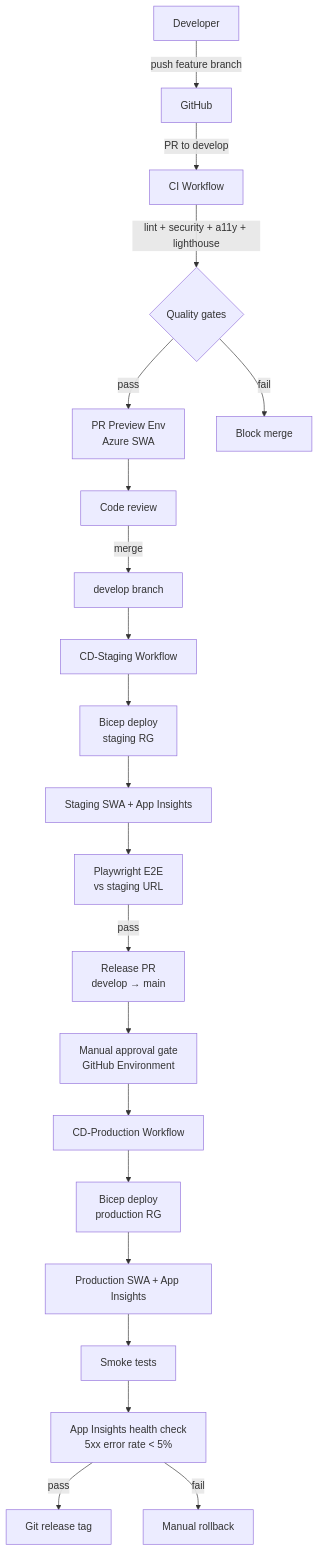
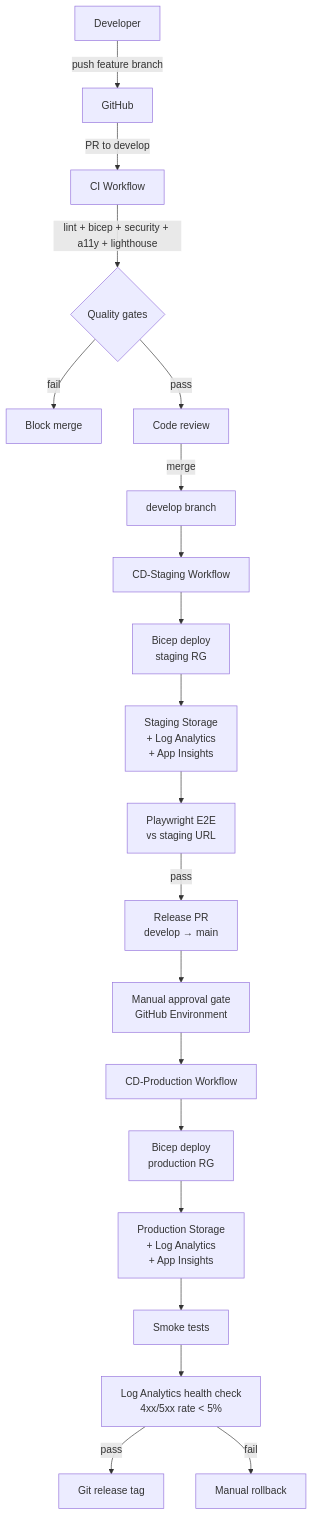
One commit to zrustamov/personal_webpage changed the diagram in README.md. Above: the diagram before and after it, drawn with Mermaid. The commit also changed other lines of this file and 11 other files, not shown here.

First line of the commit message:
feat: add CI/CD pipeline with Azure Storage static-website hosting

````diff
--- a/README.md
+++ b/README.md
@@ -24,23 +24,22 @@
 ```mermaid
 flowchart TB
     Dev[Developer] -->|push feature branch| GH[GitHub]
     GH -->|PR to develop| CI[CI Workflow]
-    CI -->|lint + security + a11y + lighthouse| Quality{Quality gates}
-    Quality -->|pass| Preview[PR Preview Env<br/>Azure SWA]
+    CI -->|lint + bicep + security + a11y + lighthouse| Quality{Quality gates}
     Quality -->|fail| Block[Block merge]
-    Preview --> Review[Code review]
+    Quality -->|pass| Review[Code review]
     Review -->|merge| Develop[develop branch]
     Develop --> CDStaging[CD-Staging Workflow]
     CDStaging --> Bicep1[Bicep deploy<br/>staging RG]
-    Bicep1 --> StagingSWA[Staging SWA + App Insights]
-    StagingSWA --> E2E[Playwright E2E<br/>vs staging URL]
+    Bicep1 --> StagingStorage[Staging Storage<br/>+ Log Analytics<br/>+ App Insights]
+    StagingStorage --> E2E[Playwright E2E<br/>vs staging URL]
     E2E -->|pass| ReleasePR[Release PR<br/>develop → main]
     ReleasePR --> Approval[Manual approval gate<br/>GitHub Environment]
     Approval --> CDProd[CD-Production Workflow]
     CDProd --> Bicep2[Bicep deploy<br/>production RG]
-    Bicep2 --> ProdSWA[Production SWA + App Insights]
-    ProdSWA --> Smoke[Smoke tests]
-    Smoke --> Health[App Insights health check<br/>5xx error rate < 5%]
+    Bicep2 --> ProdStorage[Production Storage<br/>+ Log Analytics<br/>+ App Insights]
+    ProdStorage --> Smoke[Smoke tests]
+    Smoke --> Health[Log Analytics health check<br/>4xx/5xx rate < 5%]
     Health -->|pass| Tag[Git release tag]
     Health -->|fail| Rollback[Manual rollback]
 ```
````
